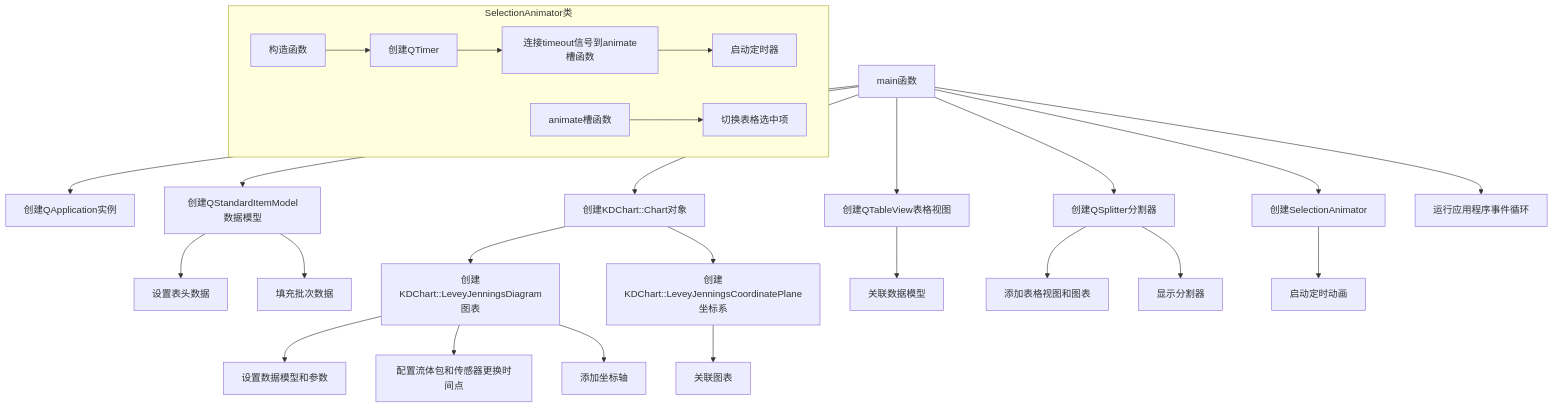
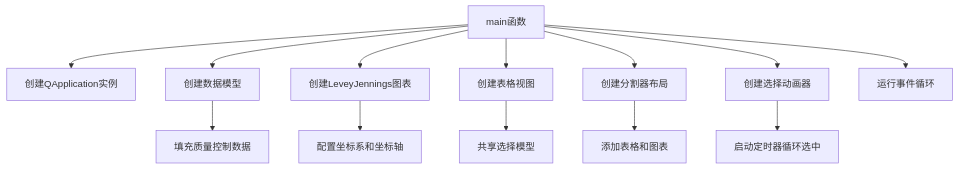
One commit to cheng25/KDChart changed the second of 2 diagrams in examples/LeveyJennings/Simple/README.md. Above: the diagram before and after it, drawn with Mermaid. The commit also changed other lines of this file and 131 other files, not shown here.

````diff
--- a/examples/LeveyJennings/Simple/README.md
+++ b/examples/LeveyJennings/Simple/README.md
@@ -83,29 +72,15 @@
 ```mermaid
 graph TD
     A[main函数] --> B[创建QApplication实例]
-    A --> C[创建QStandardItemModel数据模型]
-    C --> D[设置表头数据]
-    C --> E[填充批次数据]
-    A --> F[创建KDChart::Chart对象]
-    F --> G[创建KDChart::LeveyJenningsDiagram图表]
-    G --> H[设置数据模型和参数]
-    F --> I[创建KDChart::LeveyJenningsCoordinatePlane坐标系]
-    I --> J[关联图表]
-    G --> K[配置流体包和传感器更换时间点]
-    G --> L[添加坐标轴]
-    A --> M[创建QTableView表格视图]
-    M --> N[关联数据模型]
-    A --> O[创建QSplitter分割器]
-    O --> P[添加表格视图和图表]
-    O --> Q[显示分割器]
-    A --> R[创建SelectionAnimator]
-    R --> S[启动定时动画]
-    A --> T[运行应用程序事件循环]
-
-    subgraph SelectionAnimator类
-        U[构造函数] --> V[创建QTimer]
-        V --> W[连接timeout信号到animate槽函数]
-        W --> X[启动定时器]
-        Y[animate槽函数] --> Z[切换表格选中项]
-    end
+    A --> C[创建数据模型]
+    C --> D[填充质量控制数据]
+    A --> E[创建LeveyJennings图表]
+    E --> F[配置坐标系和坐标轴]
+    A --> G[创建表格视图]
+    G --> H[共享选择模型]
+    A --> I[创建分割器布局]
+    I --> J[添加表格和图表]
+    A --> K[创建选择动画器]
+    K --> L[启动定时器循环选中]
+    A --> M[运行事件循环]
 ```
````
